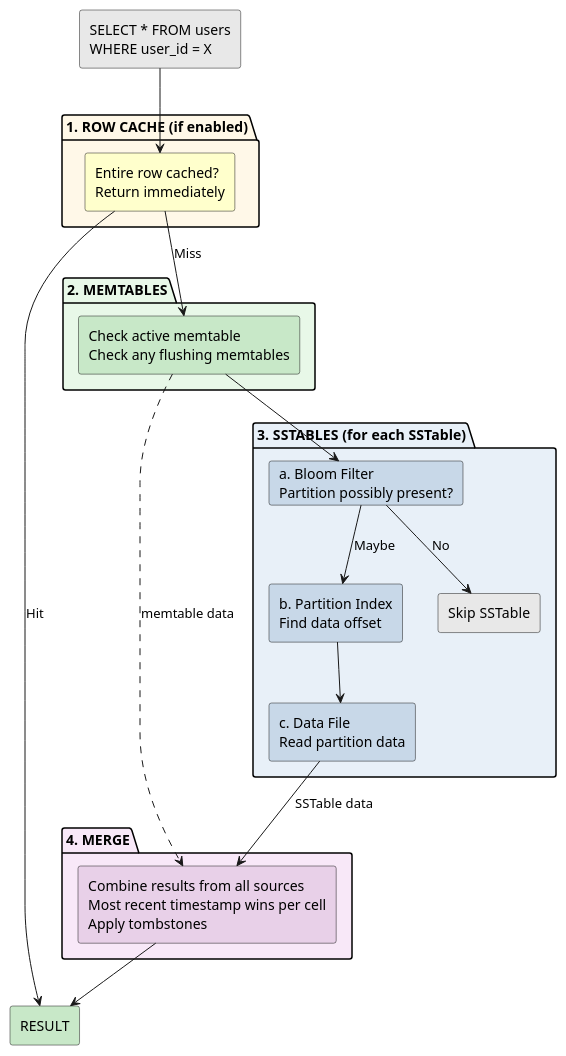
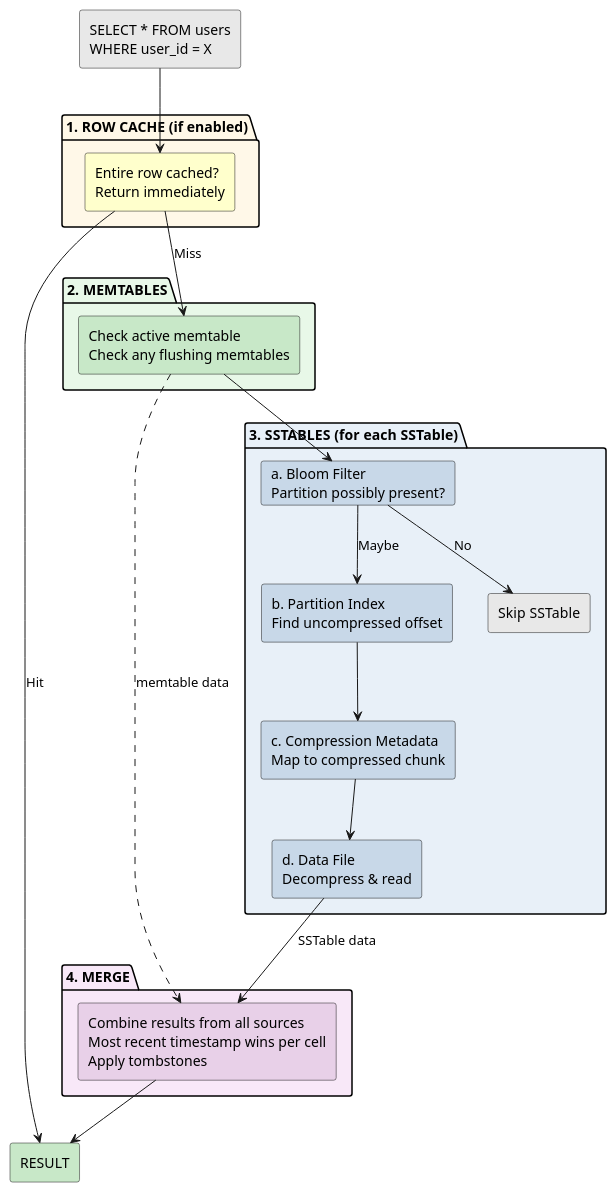
The first of 7 diagrams in docs/cassandra/architecture/storage-engine/read-path.md (axonops/documentation), drawn with PlantUML before and after one commit. The commit also changed other lines of this file and 17 other files, not shown here.

````diff
--- a/docs/cassandra/architecture/storage-engine/read-path.md
+++ b/docs/cassandra/architecture/storage-engine/read-path.md
@@ -72,41 +77,43 @@
 ```plantuml
 @startuml
 skinparam backgroundColor transparent
 
 rectangle "SELECT * FROM users\nWHERE user_id = X" as query #e8e8e8
 
 package "1. ROW CACHE (if enabled)" #fff8e8 {
     rectangle "Entire row cached?\nReturn immediately" as rc #ffffcc
 }
 
 package "2. MEMTABLES" #e8f8e8 {
     rectangle "Check active memtable\nCheck any flushing memtables" as mem #c8e8c8
 }
 
 package "3. SSTABLES (for each SSTable)" #e8f0f8 {
     card "a. Bloom Filter\nPartition possibly present?" as bf #c8d8e8
-    rectangle "b. Partition Index\nFind data offset" as idx #c8d8e8
-    rectangle "c. Data File\nRead partition data" as data #c8d8e8
+    rectangle "b. Partition Index\nFind uncompressed offset" as idx #c8d8e8
+    rectangle "c. Compression Metadata\nMap to compressed chunk" as comp #c8d8e8
+    rectangle "d. Data File\nDecompress & read" as data #c8d8e8
     rectangle "Skip SSTable" as skip #e8e8e8
 
     bf --> idx : Maybe
     bf --> skip : No
-    idx --> data
+    idx --> comp
+    comp --> data
 }
 
 package "4. MERGE" #f8e8f8 {
     rectangle "Combine results from all sources\nMost recent timestamp wins per cell\nApply tombstones" as merge #e8d0e8
 }
 
 rectangle "RESULT" as result #c8e8c8
 
 query --> rc
 rc --> result : Hit
 rc --> mem : Miss
 mem --> bf
 mem ..> merge : memtable data
 data --> merge : SSTable data
 merge --> result
 
 @enduml
 ```
````
